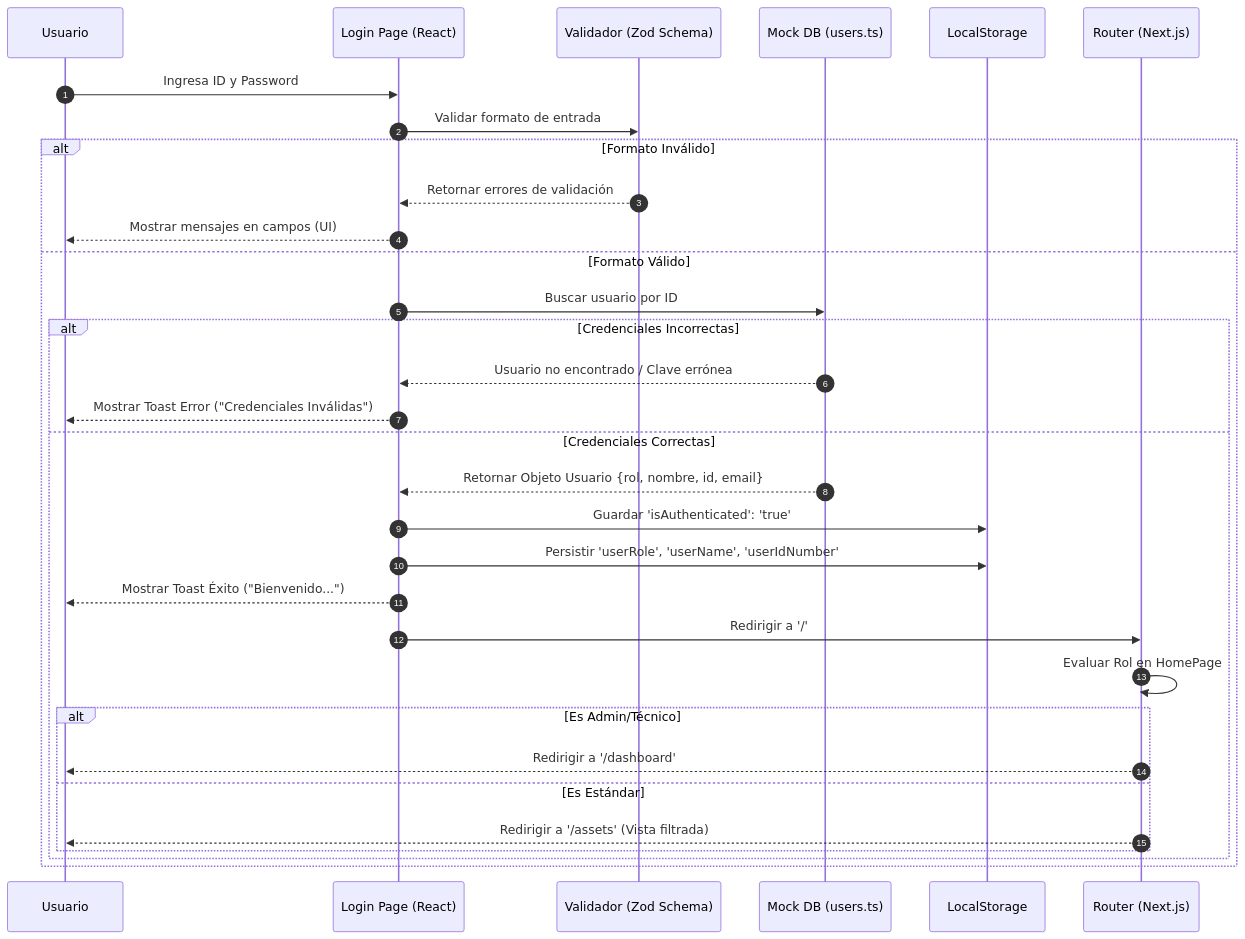
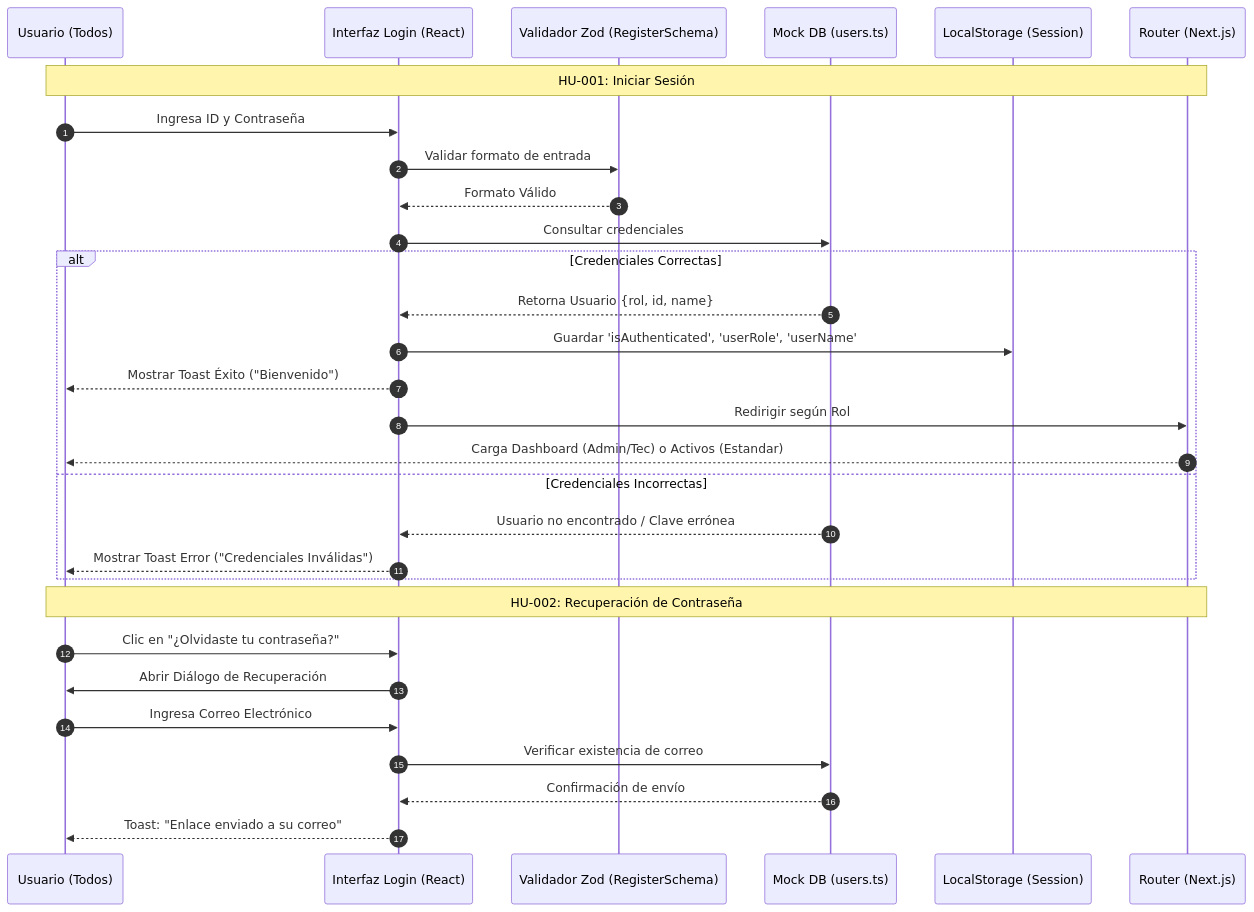
Before and after one commit to KaicerPirata/Proyecto: the first of 5 diagrams in DIAGRAMAS.md, drawn with Mermaid. The commit also changed other lines of this file, not shown here.

Commit message:
porfavor hacer diagramas que te pedi con estos puntos HU-001	Usuario (To

````diff
--- a/DIAGRAMAS.md
+++ b/DIAGRAMAS.md
@@ -8,35 +10,34 @@
 ```mermaid
 sequenceDiagram
     autonumber
-    participant U as Usuario
-    participant L as Login Page (React)
-    participant V as Validador (Zod Schema)
+    participant U as Usuario (Todos)
+    participant L as Interfaz Login (React)
+    participant V as Validador Zod (RegisterSchema)
     participant M as Mock DB (users.ts)
-    participant S as LocalStorage
+    participant S as LocalStorage (Session)
     participant R as Router (Next.js)
 
-    U->>L: Ingresa ID y Password
+    Note over U, R: HU-001: Iniciar Sesión
+    U->>L: Ingresa ID y Contraseña
     L->>V: Validar formato de entrada
-    alt Formato Inválido
-        V-->>L: Retornar errores de validación
-        L-->>U: Mostrar mensajes en campos (UI)
-    else Formato Válido
-        L->>M: Buscar usuario por ID
-        alt Credenciales Incorrectas
-            M-->>L: Usuario no encontrado / Clave errónea
-            L-->>U: Mostrar Toast Error ("Credenciales Inválidas")
-        else Credenciales Correctas
-            M-->>L: Retornar Objeto Usuario {rol, nombre, id, email}
-            L->>S: Guardar 'isAuthenticated': 'true'
-            L->>S: Persistir 'userRole', 'userName', 'userIdNumber'
-            L-->>U: Mostrar Toast Éxito ("Bienvenido...")
-            L->>R: Redirigir a '/'
-            R->>R: Evaluar Rol en HomePage
-            alt Es Admin/Técnico
-                R-->>U: Redirigir a '/dashboard'
-            else Es Estándar
-                R-->>U: Redirigir a '/assets' (Vista filtrada)
-            end
-        end
+    V-->>L: Formato Válido
+    L->>M: Consultar credenciales
+    alt Credenciales Correctas
+        M-->>L: Retorna Usuario {rol, id, name}
+        L->>S: Guardar 'isAuthenticated', 'userRole', 'userName'
+        L-->>U: Mostrar Toast Éxito ("Bienvenido")
+        L->>R: Redirigir según Rol
+        R-->>U: Carga Dashboard (Admin/Tec) o Activos (Estandar)
+    else Credenciales Incorrectas
+        M-->>L: Usuario no encontrado / Clave errónea
+        L-->>U: Mostrar Toast Error ("Credenciales Inválidas")
     end
+
+    Note over U, R: HU-002: Recuperación de Contraseña
+    U->>L: Clic en "¿Olvidaste tu contraseña?"
+    L->>U: Abrir Diálogo de Recuperación
+    U->>L: Ingresa Correo Electrónico
+    L->>M: Verificar existencia de correo
+    M-->>L: Confirmación de envío
+    L-->>U: Toast: "Enlace enviado a su correo"
 ```
````
